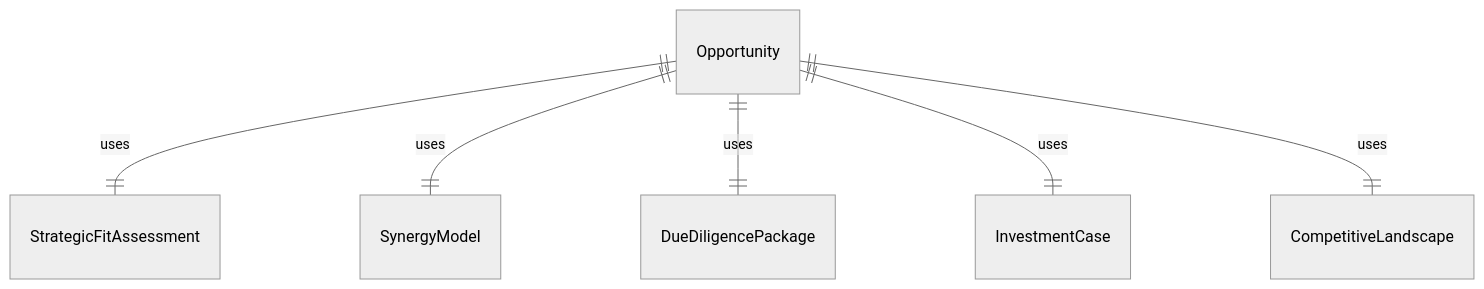
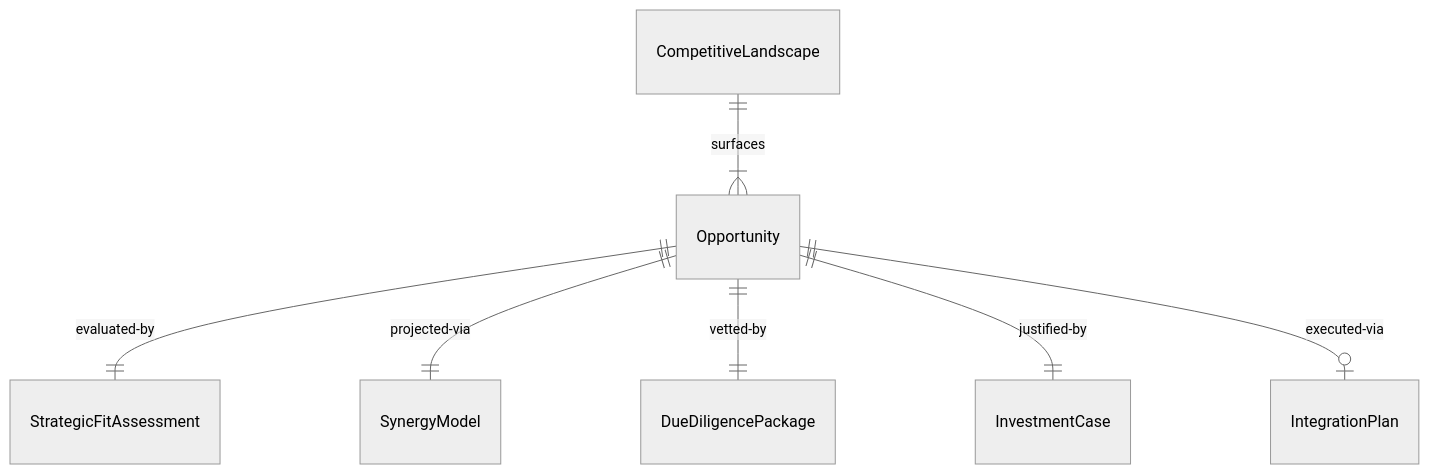
The first of 4 diagrams in IdentifyingObjectsActionsAndEvents/IdentifyBusinessOrOrganizationalOpportunities/IdentifyStrategicBusinessInvestmentOpportunities.mdx (dot-org-ai/tasks.org.ai), drawn with Mermaid (neutral theme) before and after one commit. The commit also changed other lines of this file and 515 other files, not shown here.

````diff
--- a/IdentifyingObjectsActionsAndEvents/IdentifyBusinessOrOrganizationalOpportunities/IdentifyStrategicBusinessInvestmentOpportunities.mdx
+++ b/IdentifyingObjectsActionsAndEvents/IdentifyBusinessOrOrganizationalOpportunities/IdentifyStrategicBusinessInvestmentOpportunities.mdx
@@ -95,8 +95,9 @@
 ```mermaid
 erDiagram
-    Opportunity ||--|| StrategicFitAssessment : "uses"
-    Opportunity ||--|| SynergyModel : "uses"
-    Opportunity ||--|| DueDiligencePackage : "uses"
-    Opportunity ||--|| InvestmentCase : "uses"
-    Opportunity ||--|| CompetitiveLandscape : "uses"
+    Opportunity ||--|| StrategicFitAssessment : "evaluated-by"
+    Opportunity ||--|| SynergyModel : "projected-via"
+    Opportunity ||--|| DueDiligencePackage : "vetted-by"
+    Opportunity ||--|| InvestmentCase : "justified-by"
+    CompetitiveLandscape ||--|{ Opportunity : "surfaces"
+    Opportunity ||--o| IntegrationPlan : "executed-via"
 ```
````
